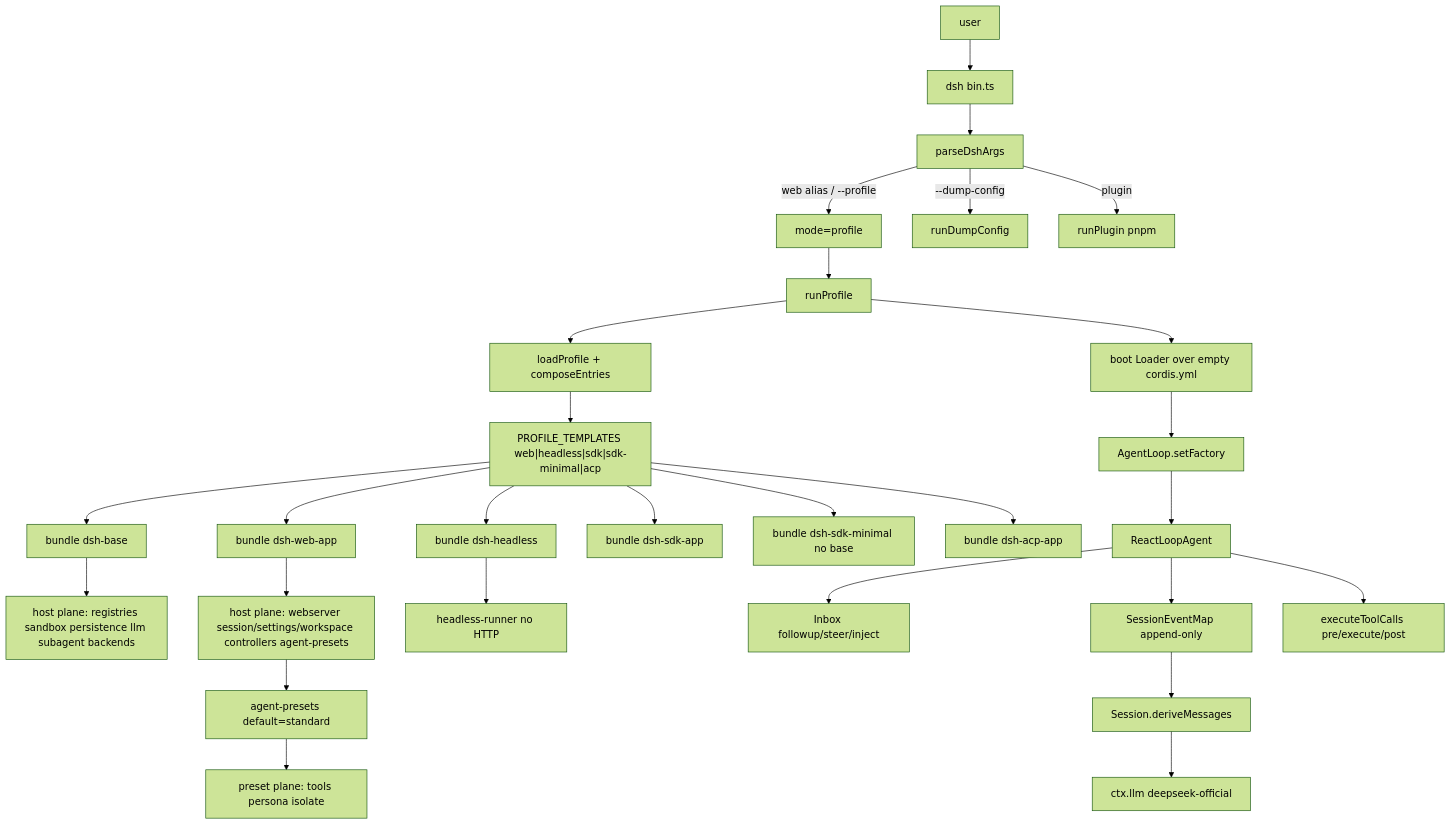
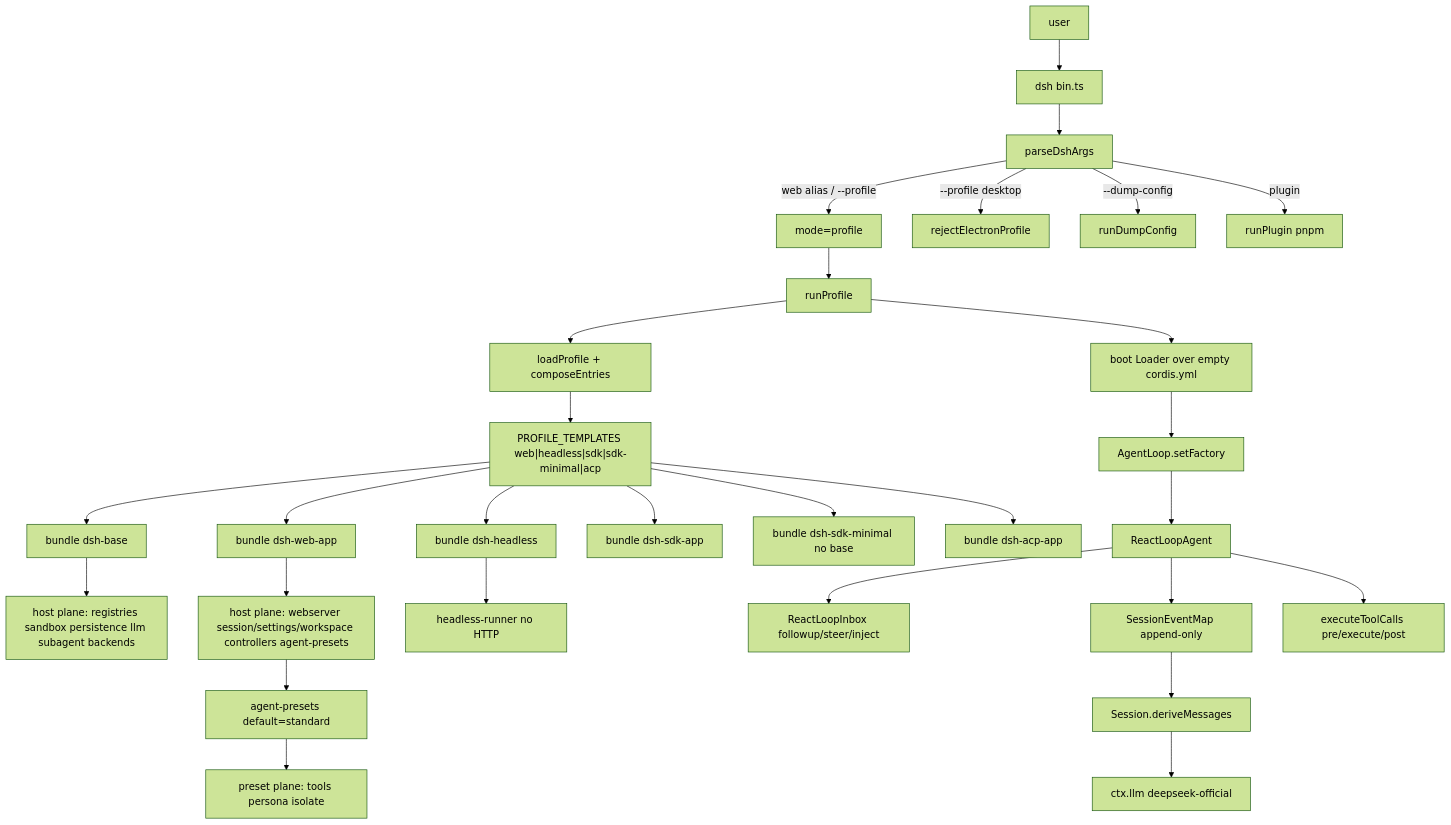
The diagram in docs/llm-wiki/deepseek-harness/spine/overview.md (wdnmdtonyma/SOTA-Agent-LLM-Wiki), drawn with Mermaid (forest theme) before and after one commit. The commit also changed other lines of this file and 219 other files, not shown here.

````diff
--- a/docs/llm-wiki/deepseek-harness/spine/overview.md
+++ b/docs/llm-wiki/deepseek-harness/spine/overview.md
@@ -97,30 +105,31 @@
 ```mermaid
 flowchart TD
   User["user"] --> Bin["dsh bin.ts"]
   Bin --> Parse["parseDshArgs"]
   Parse -->|web alias / --profile| ProfileMode["mode=profile"]
+  Parse -->|--profile desktop| Reject["rejectElectronProfile"]
   Parse -->|--dump-config| Dump["runDumpConfig"]
   Parse -->|plugin| Plugin["runPlugin pnpm"]
   ProfileMode --> Run["runProfile"]
   Run --> Load["loadProfile + composeEntries"]
   Load --> Templates["PROFILE_TEMPLATES web|headless|sdk|sdk-minimal|acp"]
   Templates --> Base["bundle dsh-base"]
   Templates --> WebApp["bundle dsh-web-app"]
   Templates --> Headless["bundle dsh-headless"]
   Templates --> Sdk["bundle dsh-sdk-app"]
   Templates --> SdkMin["bundle dsh-sdk-minimal no base"]
   Templates --> Acp["bundle dsh-acp-app"]
   Base --> HostPlane["host plane: registries sandbox persistence llm subagent backends"]
   WebApp --> HostUI["host plane: webserver session/settings/workspace controllers agent-presets"]
   Headless --> OneShot["headless-runner no HTTP"]
   HostUI --> PresetRoster["agent-presets default=standard"]
   PresetRoster --> PresetPlane["preset plane: tools persona isolate"]
   Run --> Boot["boot Loader over empty cordis.yml"]
   Boot --> Factory["AgentLoop.setFactory"]
   Factory --> Loop["ReactLoopAgent"]
-  Loop --> Inbox["Inbox followup/steer/inject"]
+  Loop --> Inbox["ReactLoopInbox followup/steer/inject"]
   Loop --> Log["SessionEventMap append-only"]
   Log --> Derive["Session.deriveMessages"]
   Derive --> LLM["ctx.llm deepseek-official"]
   Loop --> Tools["executeToolCalls pre/execute/post"]
 ```
````
